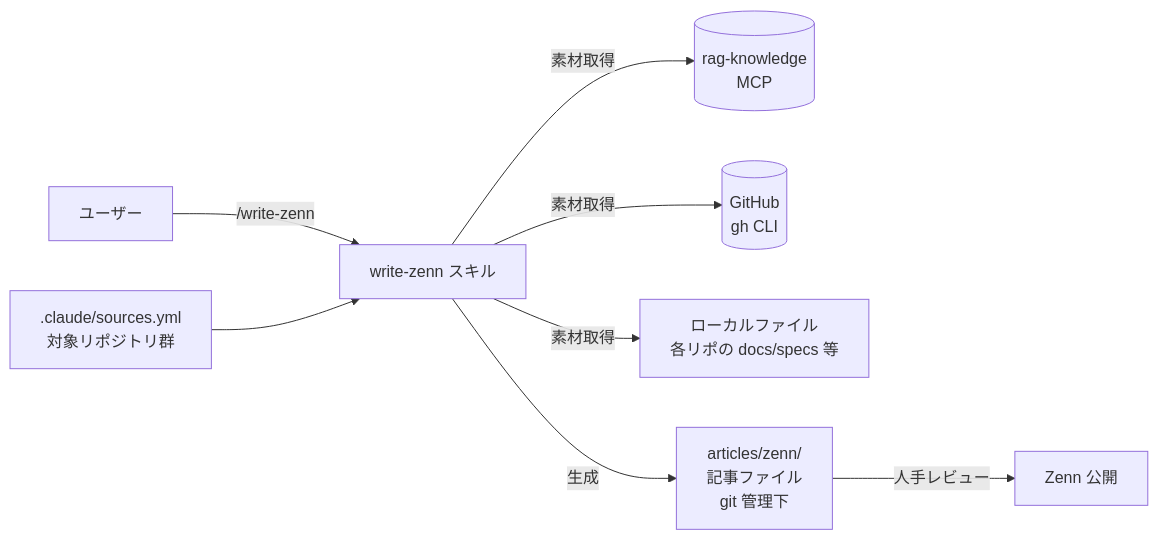
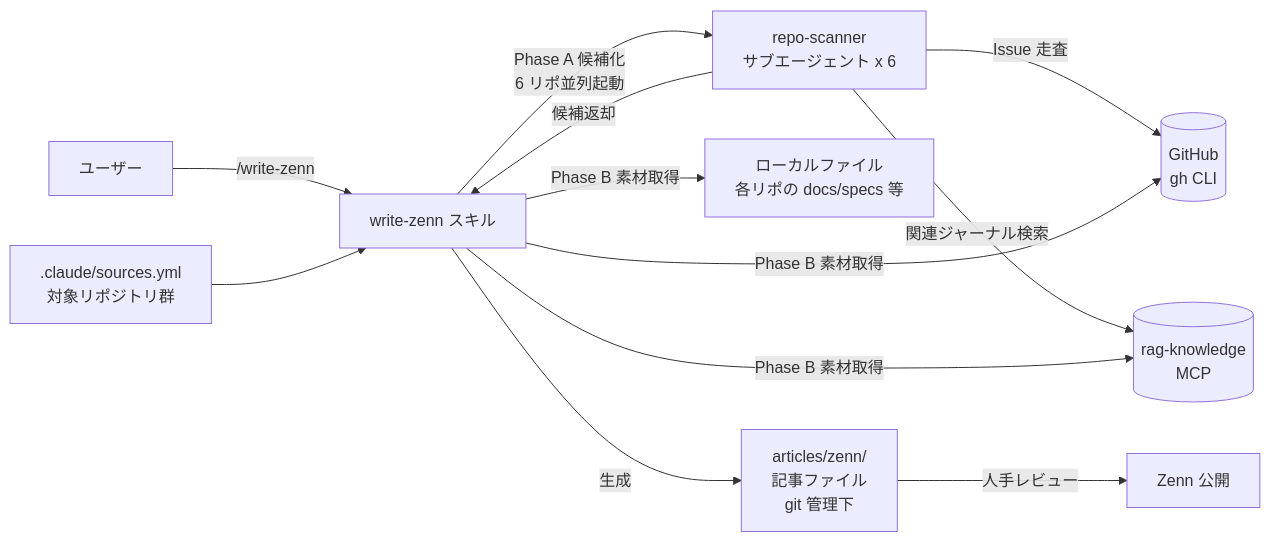
The diagram in docs/specs/features/article-generation.md (becky3/article-writer), drawn with Mermaid before and after one commit. The commit also changed other lines of this file and 2 other files, not shown here.

Commit message:
feat(article-generation): Phase A 候補抽出を並列エージェント方式に再設計 (#19)
- repo-scanner サブエージェントを新設（.claude/agents/repo-scanner.md）
- /write-zenn Phase A を 6 リポ並列スキャン（固定 3 + ランダム 3）に書き換え
- 候補抽出を「タイトル一覧 → LLM 一次絞込 → 詳細評価」の二段階に
- スコアリング機構と過去記事履歴セクションを廃止
- 仕様書のコンポーネント構成・制約を更新

Closes #19

````diff
--- a/docs/specs/features/article-generation.md
+++ b/docs/specs/features/article-generation.md
@@ -44,10 +45,14 @@
 ```mermaid
 flowchart LR
     User[ユーザー] -->|/write-zenn| Skill[write-zenn スキル]
     Sources[.claude/sources.yml<br/>対象リポジトリ群] --> Skill
-    Skill -->|素材取得| RAG[(rag-knowledge<br/>MCP)]
-    Skill -->|素材取得| GH[(GitHub<br/>gh CLI)]
-    Skill -->|素材取得| Local[ローカルファイル<br/>各リポの docs/specs 等]
+    Skill -->|Phase A 候補化<br/>6 リポ並列起動| Scanner[repo-scanner<br/>サブエージェント x 6]
+    Scanner -->|Issue 走査| GH[(GitHub<br/>gh CLI)]
+    Scanner -->|関連ジャーナル検索| RAG[(rag-knowledge<br/>MCP)]
+    Scanner -->|候補返却| Skill
+    Skill -->|Phase B 素材取得| RAG
+    Skill -->|Phase B 素材取得| GH
+    Skill -->|Phase B 素材取得| Local[ローカルファイル<br/>各リポの docs/specs 等]
     Skill -->|生成| Article[articles/zenn/<br/>記事ファイル<br/>git 管理下]
     Article -->|人手レビュー| Publish[Zenn 公開]
 ```
````
